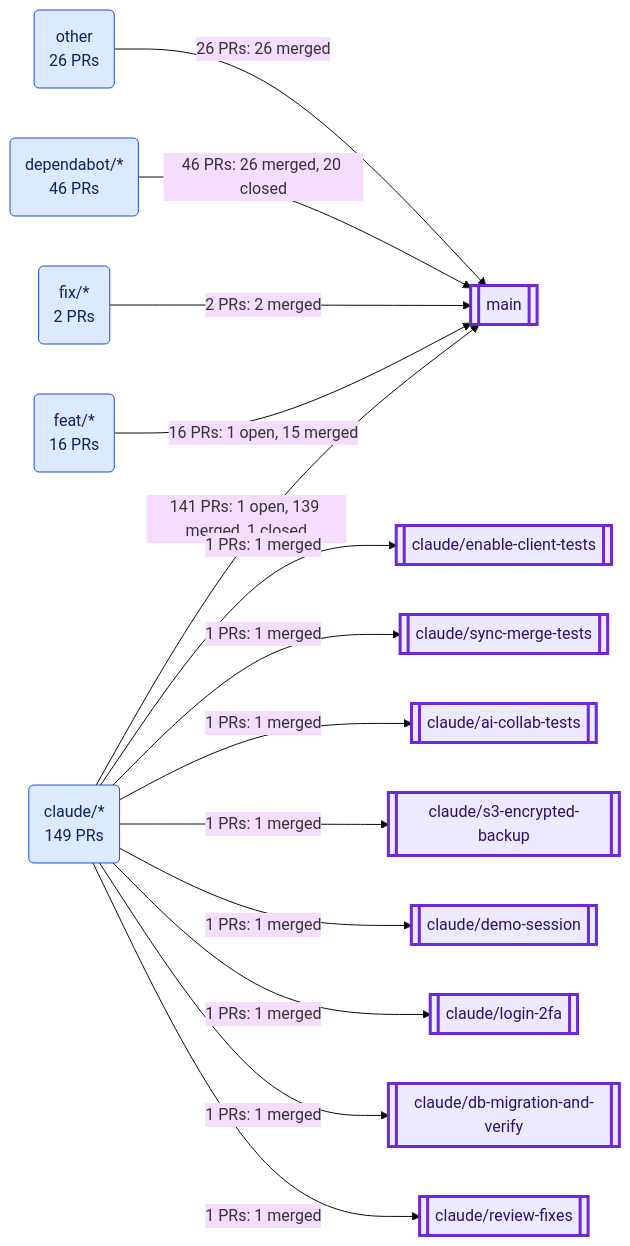
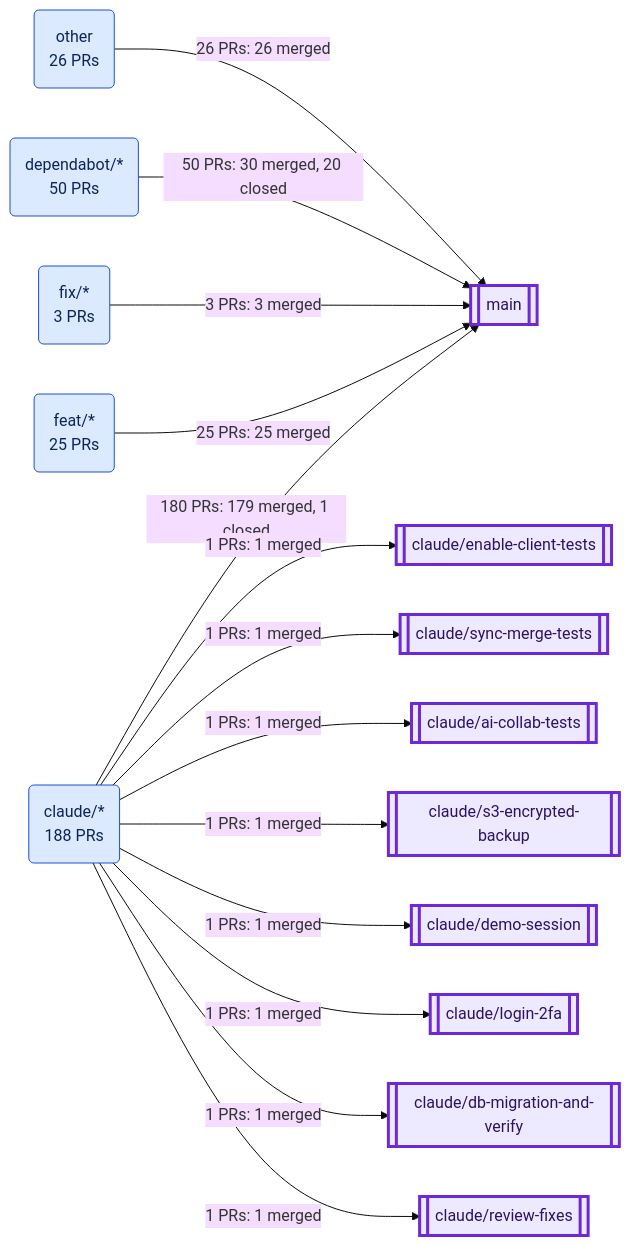
The first of 7 diagrams in docs/PR_BRANCH_VISUALIZATION.md (VijayKumaro7/NotionAI_Notepad), drawn with Mermaid (base theme) before and after one commit. The commit also changed other lines of this file and 2 other files, not shown here.

````diff
--- a/docs/PR_BRANCH_VISUALIZATION.md
+++ b/docs/PR_BRANCH_VISUALIZATION.md
@@ -37,35 +37,35 @@
 ```mermaid
 flowchart LR
-  g0("claude/*<br/>149 PRs"):::source
-  g1("dependabot/*<br/>46 PRs"):::source
-  g2("feat/*<br/>16 PRs"):::source
-  g3("fix/*<br/>2 PRs"):::source
+  g0("claude/*<br/>188 PRs"):::source
+  g1("dependabot/*<br/>50 PRs"):::source
+  g2("feat/*<br/>25 PRs"):::source
+  g3("fix/*<br/>3 PRs"):::source
   g4("other<br/>26 PRs"):::source
-  b7[["claude/ai-collab-tests"]]:::target
-  b18[["claude/db-migration-and-verify"]]:::target
-  b20[["claude/demo-session"]]:::target
-  b24[["claude/enable-client-tests"]]:::target
-  b37[["claude/login-2fa"]]:::target
-  b46[["claude/review-fixes"]]:::target
-  b47[["claude/s3-encrypted-backup"]]:::target
-  b61[["claude/sync-merge-tests"]]:::target
-  b133[["main"]]:::target
-  g4 -->|"26 PRs: 26 merged"| b133
-  g0 -->|"141 PRs: 1 open, 139 merged, 1 closed"| b133
-  g0 -->|"1 PRs: 1 merged"| b24
+  b8[["claude/ai-collab-tests"]]:::target
+  b23[["claude/db-migration-and-verify"]]:::target
+  b25[["claude/demo-session"]]:::target
+  b30[["claude/enable-client-tests"]]:::target
+  b47[["claude/login-2fa"]]:::target
+  b61[["claude/review-fixes"]]:::target
+  b62[["claude/s3-encrypted-backup"]]:::target
+  b80[["claude/sync-merge-tests"]]:::target
+  b175[["main"]]:::target
+  g4 -->|"26 PRs: 26 merged"| b175
+  g0 -->|"180 PRs: 179 merged, 1 closed"| b175
+  g0 -->|"1 PRs: 1 merged"| b30
+  g0 -->|"1 PRs: 1 merged"| b80
+  g0 -->|"1 PRs: 1 merged"| b8
+  g0 -->|"1 PRs: 1 merged"| b62
+  g0 -->|"1 PRs: 1 merged"| b25
+  g1 -->|"50 PRs: 30 merged, 20 closed"| b175
+  g0 -->|"1 PRs: 1 merged"| b47
+  g0 -->|"1 PRs: 1 merged"| b23
   g0 -->|"1 PRs: 1 merged"| b61
-  g0 -->|"1 PRs: 1 merged"| b7
-  g0 -->|"1 PRs: 1 merged"| b47
-  g0 -->|"1 PRs: 1 merged"| b20
-  g1 -->|"46 PRs: 26 merged, 20 closed"| b133
-  g0 -->|"1 PRs: 1 merged"| b37
-  g0 -->|"1 PRs: 1 merged"| b18
-  g0 -->|"1 PRs: 1 merged"| b46
-  g3 -->|"2 PRs: 2 merged"| b133
-  g2 -->|"16 PRs: 1 open, 15 merged"| b133
+  g3 -->|"3 PRs: 3 merged"| b175
+  g2 -->|"25 PRs: 25 merged"| b175
   classDef source fill:#dbeafe,stroke:#1d4ed8,color:#0b2559
   classDef target fill:#ede9fe,stroke:#6d28d9,stroke-width:3px,color:#2e1065
   classDef open fill:#fef3c7,stroke:#b45309,stroke-width:2px,color:#451a03
   classDef merged fill:#dcfce7,stroke:#15803d,color:#052e16
   classDef closed fill:#f3f4f6,stroke:#b91c1c,stroke-dasharray:5 3,color:#111827
 ```
````
